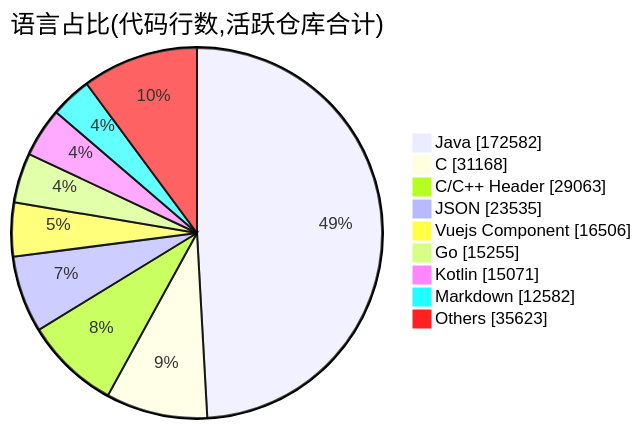
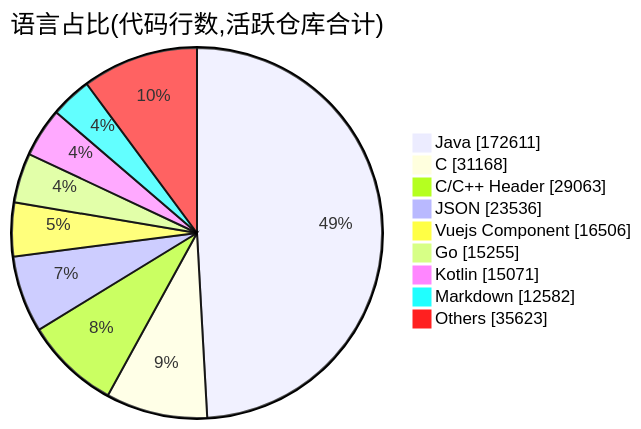
One commit to Conflux-Union/.github changed the second of 2 diagrams in profile/README.md. Above: the diagram before and after it, drawn with Mermaid. The commit also changed other lines of this file and 1 other file, not shown here.

````diff
--- a/profile/README.md
+++ b/profile/README.md
@@ -80,13 +80,13 @@
 ```mermaid
 pie showData
     title 语言占比(代码行数,活跃仓库合计)
-    "Java" : 172582
+    "Java" : 172611
     "C" : 31168
     "C/C++ Header" : 29063
-    "JSON" : 23535
+    "JSON" : 23536
     "Vuejs Component" : 16506
     "Go" : 15255
     "Kotlin" : 15071
     "Markdown" : 12582
     "Others" : 35623
 ```
````
